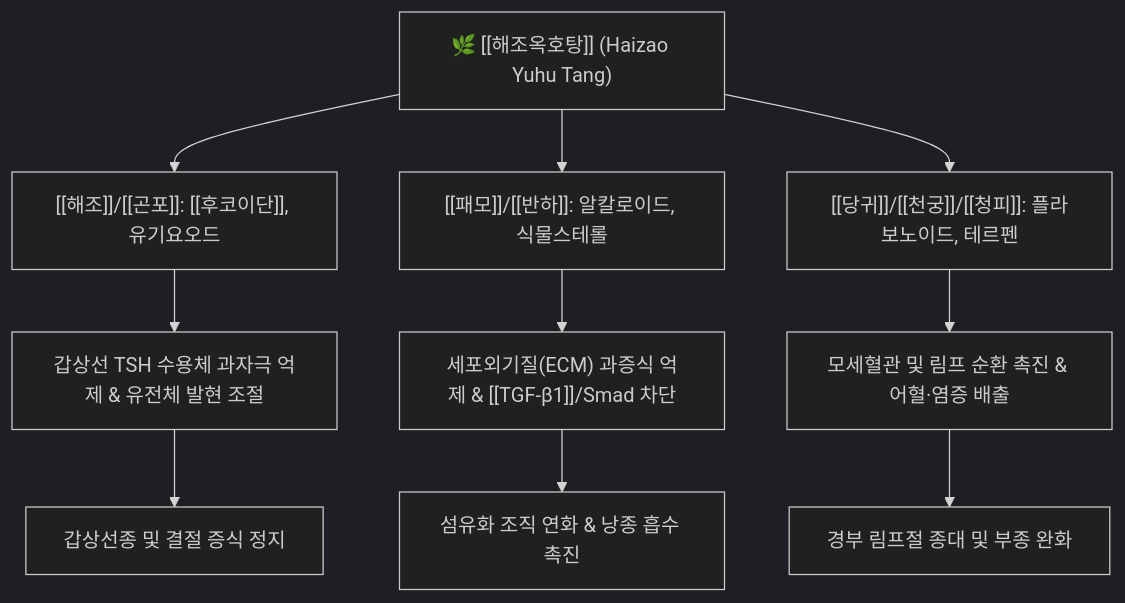
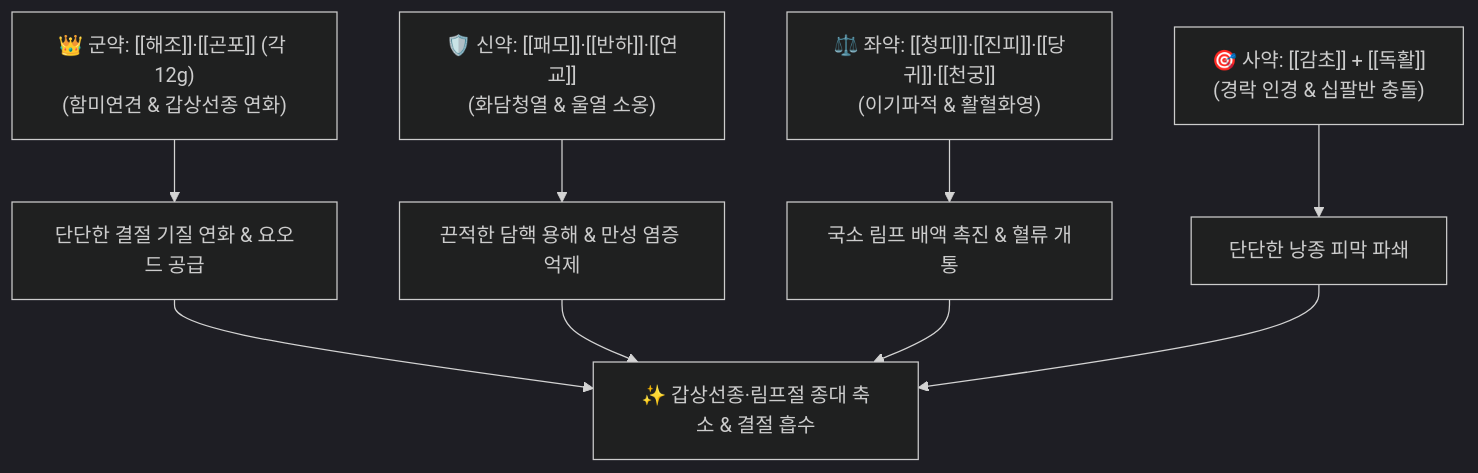
Before and after one commit to simbio11/simbio-digital-garden2: the diagram in content/2. 약리 공부/처방/03_화담·거습·이수제/해조옥호탕.md, drawn with Mermaid (dark theme). The commit also changed other lines of this file and 248 other files, not shown here.

````diff
--- a/content/2. 약리 공부/처방/03_화담·거습·이수제/해조옥호탕.md
+++ b/content/2. 약리 공부/처방/03_화담·거습·이수제/해조옥호탕.md
@@ -66,14 +59,11 @@
 ```mermaid
 graph TD
-    Haizao["🌿 [[해조옥호탕]] (Haizao Yuhu Tang)"] --> Multi1["[[해조]]/[[곤포]]: [[후코이단]], 유기요오드"]
-    Haizao --> Multi2["[[패모]]/[[반하]]: 알칼로이드, 식물스테롤"]
-    Haizao --> Multi3["[[당귀]]/[[천궁]]/[[청피]]: 플라보노이드, 테르펜"]
-
-    Multi1 --> Thyroid["갑상선 TSH 수용체 과자극 억제 & 유전체 발현 조절"]
-    Multi2 --> ECM["세포외기질(ECM) 과증식 억제 & [[TGF-β1]]/Smad 차단"]
-    Multi3 --> Micro["모세혈관 및 림프 순환 촉진 & 어혈·염증 배출"]
-
-    Thyroid --> TumorShrink["갑상선종 및 결절 증식 정지"]
-    ECM --> Soften["섬유화 조직 연화 & 낭종 흡수 촉진"]
-    Micro --> NodeDown["경부 림프절 종대 및 부종 완화"]
+    Gun["👑 군약: [[해조]]·[[곤포]] (각 12g)<br>(함미연견 & 갑상선종 연화)"] --> Soften["단단한 결절 기질 연화 & 요오드 공급"]
+    Sin["🛡️ 신약: [[패모]]·[[반하]]·[[연교]]<br>(화담청열 & 울열 소옹)"] --> Dissolve["끈적한 담핵 용해 & 만성 염증 억제"]
+    Jwa["⚖️ 좌약: [[청피]]·[[진피]]·[[당귀]]·[[천궁]]<br>(이기파적 & 활혈화영)"] --> Circulate["국소 림프 배액 촉진 & 혈류 개통"]
+    Sa["🎯 사약: [[감초]] + [[독활]]<br>(경락 인경 & 십팔반 충돌)"] --> Strike["단단한 낭종 피막 파쇄"]
+    Soften --> Outcome["✨ 갑상선종·림프절 종대 축소 & 결절 흡수"]
+    Dissolve --> Outcome
+    Circulate --> Outcome
+    Strike --> Outcome
 ```
````
